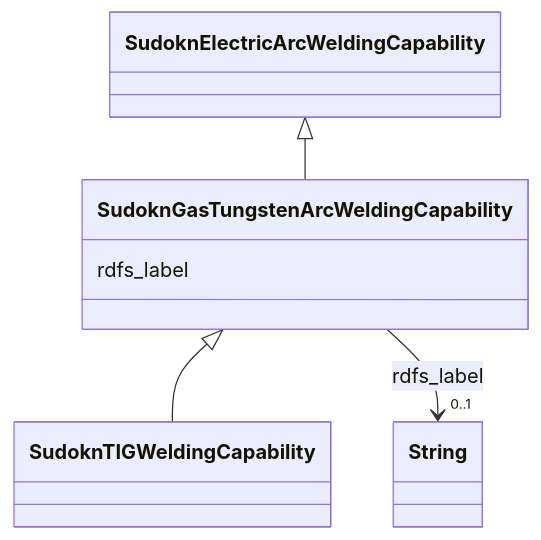
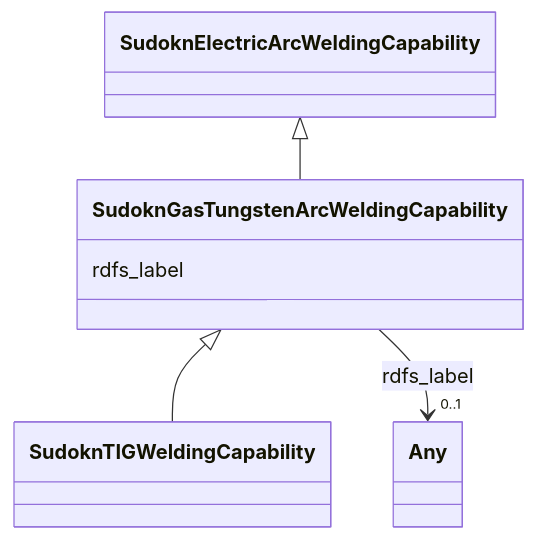
Before and after one commit to frink-okn/graph-descriptions: the diagram in sudokn-kg/classes/SudoknGasTungstenArcWeldingCapability.md, drawn with Mermaid. The commit also changed other lines of this file and 903 other files, not shown here.

````diff
--- a/sudokn-kg/classes/SudoknGasTungstenArcWeldingCapability.md
+++ b/sudokn-kg/classes/SudoknGasTungstenArcWeldingCapability.md
@@ -23,23 +16,23 @@
 ```mermaid
  classDiagram
     class SudoknGasTungstenArcWeldingCapability
     click SudoknGasTungstenArcWeldingCapability href "../SudoknGasTungstenArcWeldingCapability"
       SudoknElectricArcWeldingCapability <|-- SudoknGasTungstenArcWeldingCapability
         click SudoknElectricArcWeldingCapability href "../SudoknElectricArcWeldingCapability"
       
 
       SudoknGasTungstenArcWeldingCapability <|-- SudoknTIGWeldingCapability
         click SudoknTIGWeldingCapability href "../SudoknTIGWeldingCapability"
       
       
       SudoknGasTungstenArcWeldingCapability : rdfs_label
         
           
     
     
-    SudoknGasTungstenArcWeldingCapability --> "0..1" String : rdfs_label
-    click String href "../String"
+    SudoknGasTungstenArcWeldingCapability --> "0..1" Any : rdfs_label
+    click Any href "../Any"
 
         
       
 ```
````
